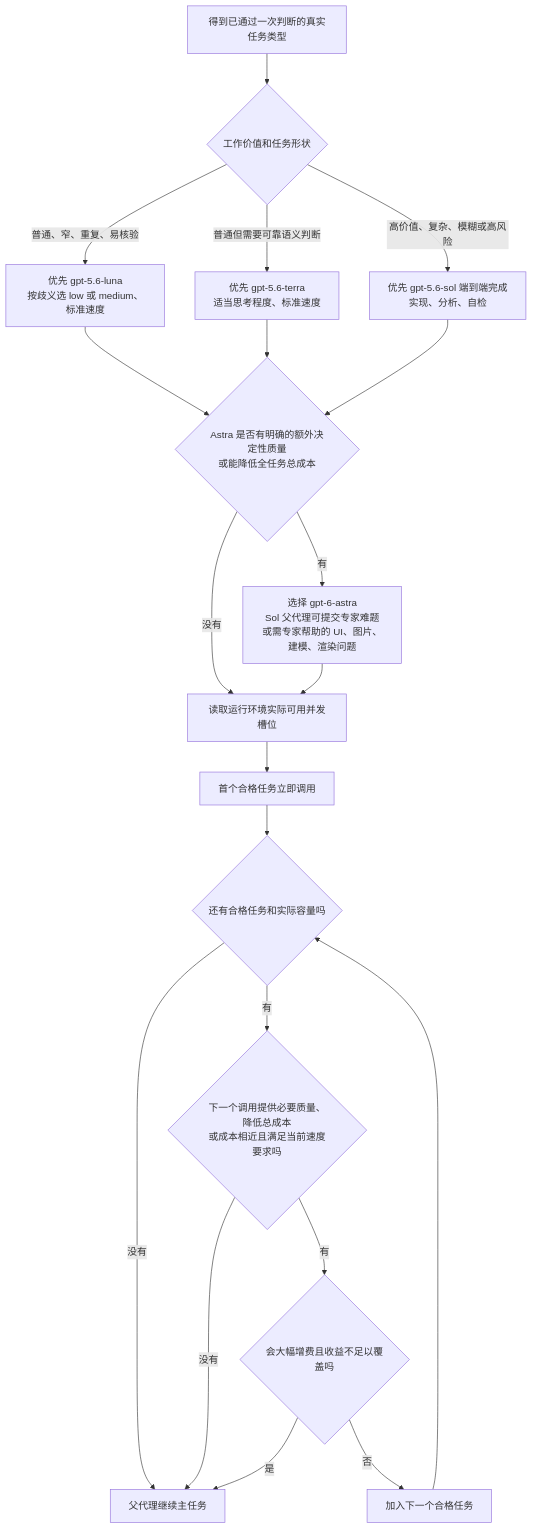
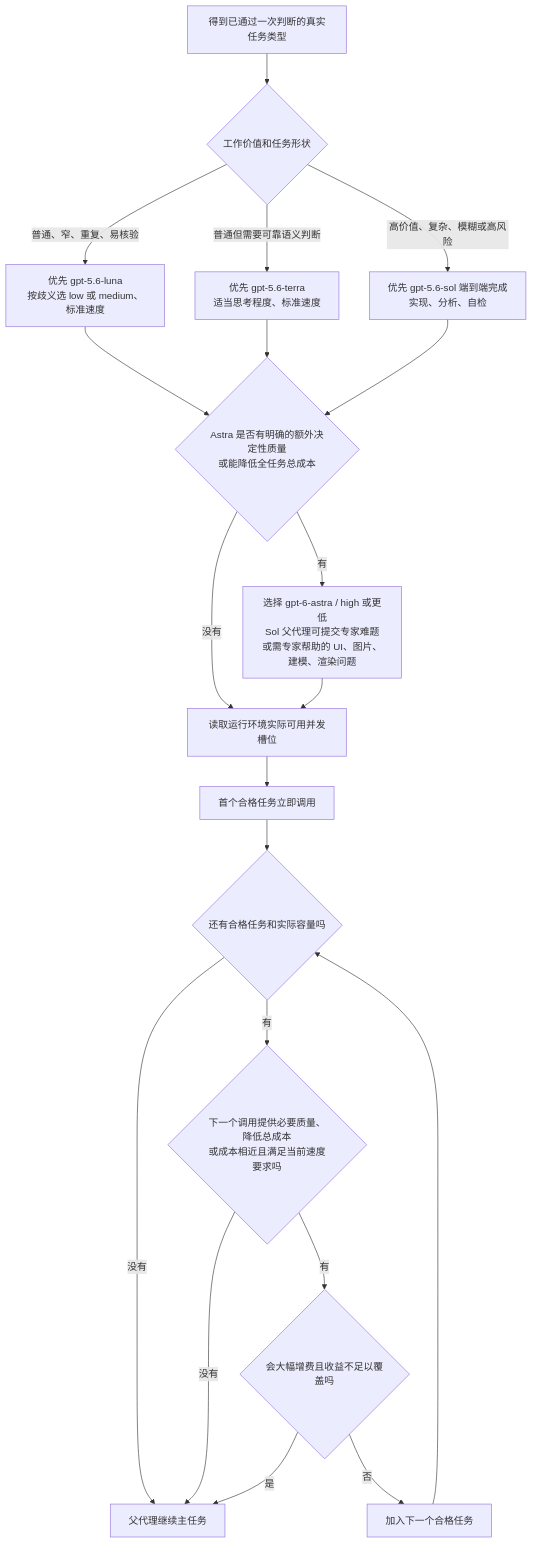
One commit to Lang45/codex-lean-stack changed the third of 13 diagrams in skills/lean-stack/references/flowcharts-zh.md. Above: the diagram before and after it, drawn with Mermaid. The commit also changed other lines of this file and 12 other files, not shown here.

First line of the commit message:
feat!: cap Astra subagents at high

````diff
--- a/skills/lean-stack/references/flowcharts-zh.md
+++ b/skills/lean-stack/references/flowcharts-zh.md
@@ -297,22 +298,22 @@
 ```mermaid
 flowchart TD
     A[得到已通过一次判断的真实任务类型] --> A0{工作价值和任务形状}
     A0 -->|普通、窄、重复、易核验| AL[优先 gpt-5.6-luna<br/>按歧义选 low 或 medium、标准速度]
     A0 -->|普通但需要可靠语义判断| AT[优先 gpt-5.6-terra<br/>适当思考程度、标准速度]
     A0 -->|高价值、复杂、模糊或高风险| AS[优先 gpt-5.6-sol 端到端完成<br/>实现、分析、自检]
     AL --> AH{Astra 是否有明确的额外决定性质量<br/>或能降低全任务总成本}
     AT --> AH
     AS --> AH
     AH -->|没有| B[读取运行环境实际可用并发槽位]
-    AH -->|有| AA[选择 gpt-6-astra<br/>Sol 父代理可提交专家难题或需专家帮助的 UI、图片、建模、渲染问题]
+    AH -->|有| AA[选择 gpt-6-astra / high 或更低<br/>Sol 父代理可提交专家难题或需专家帮助的 UI、图片、建模、渲染问题]
     AA --> B
     B --> C[首个合格任务立即调用]
     C --> D{还有合格任务和实际容量吗}
     D -->|没有| E[父代理继续主任务]
     D -->|有| F{下一个调用提供必要质量、降低总成本<br/>或成本相近且满足当前速度要求吗}
     F -->|没有| E
     F -->|有| G{会大幅增费且收益不足以覆盖吗}
     G -->|是| E
     G -->|否| H[加入下一个合格任务]
     H --> D
 ```
````
